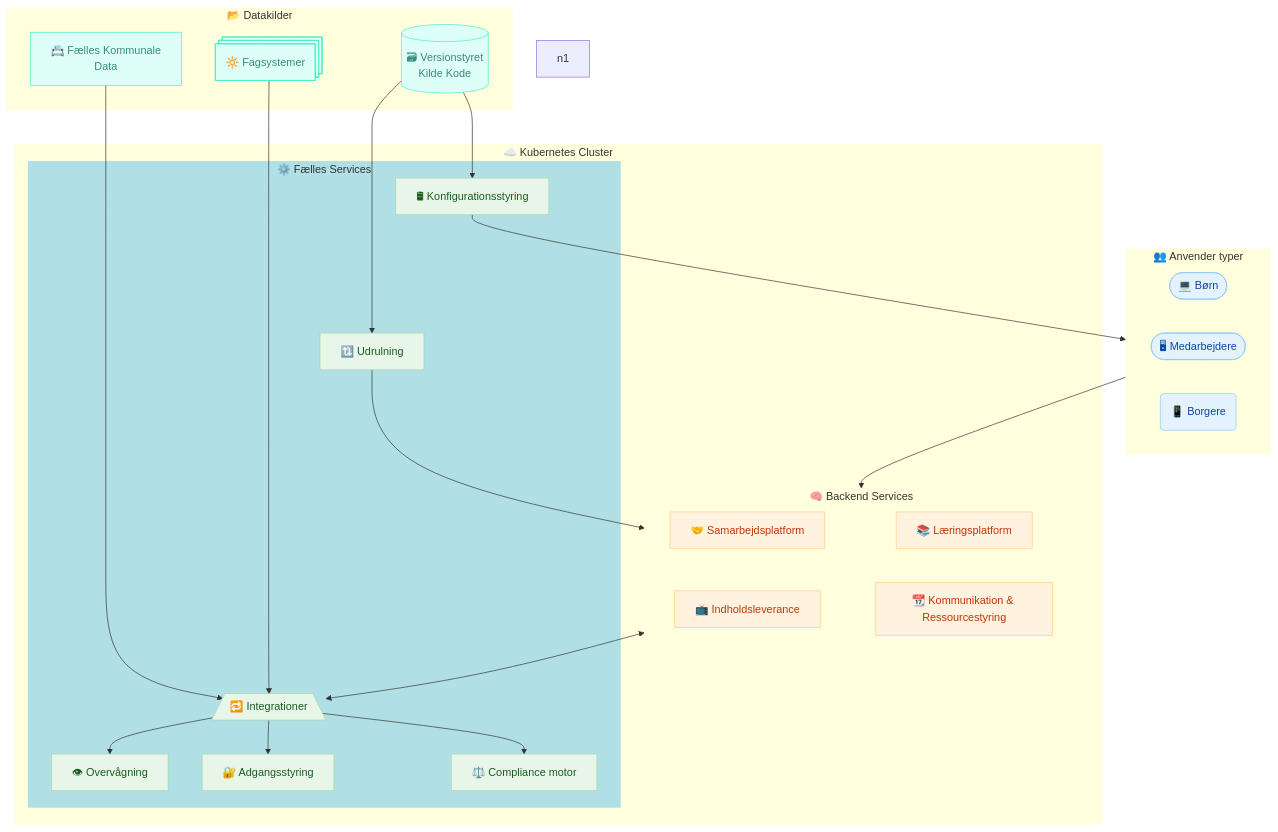
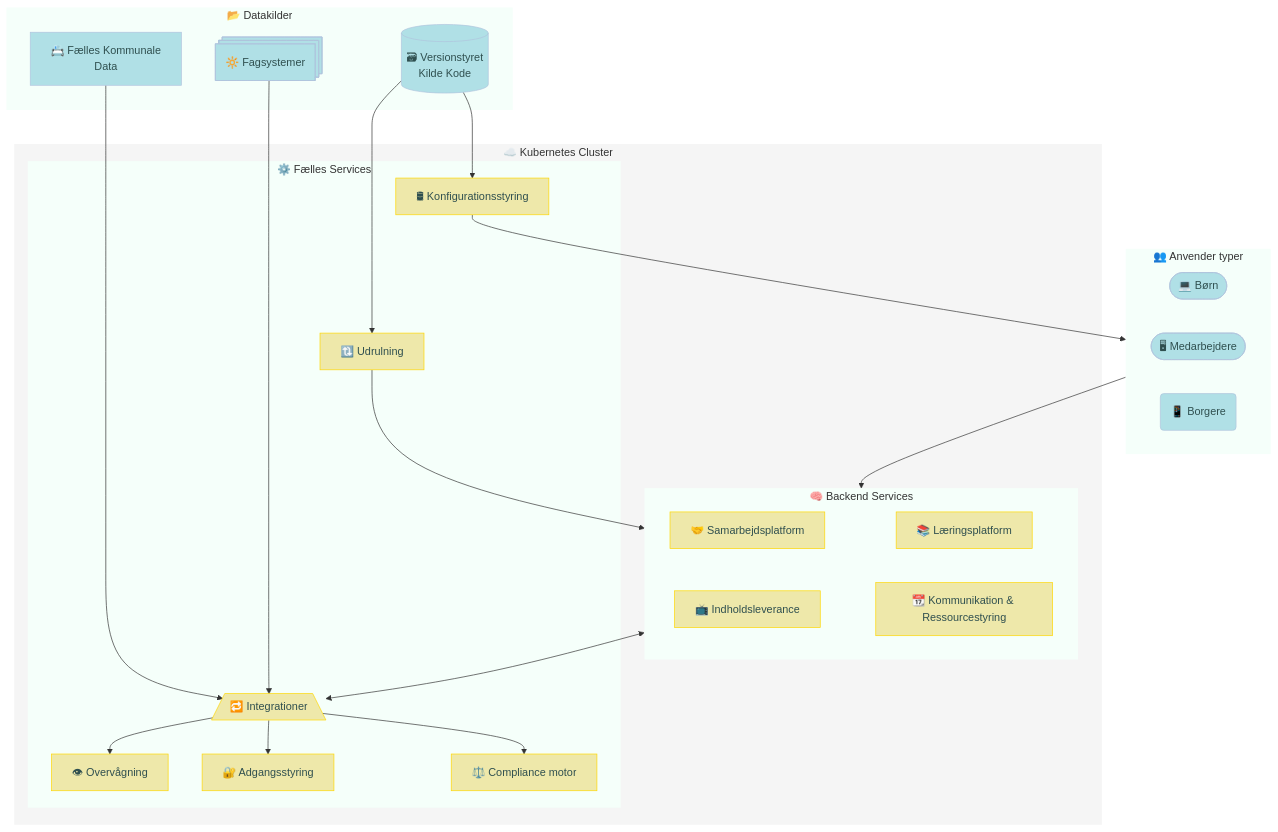
One commit to janhalen/enterprise-architecture-patterns changed the diagram in proposals/2025-09-12-digital-suverænintet.md. Above: the diagram before and after it, drawn with Mermaid.

Commit message:
fix: matching palette

````diff
--- a/proposals/2025-09-12-digital-suverænintet.md
+++ b/proposals/2025-09-12-digital-suverænintet.md
@@ -73,73 +73,75 @@
 ```mermaid
 flowchart TB
  subgraph Clients["👥 Anvender typer"]
         school(["💻 Børn"])
         office(["🖥 Medarbejdere"])
         rpi(["📱 Borgere"])
   end
  subgraph Backend["🧠 Backend Services"]
     direction RL
         nextcloud["🤝 Samarbejdsplatform"]
         canvas["📚 Læringsplatform"]
         signage["📺 Indholdsleverance"]
         groupware["📆 Kommunikation & Ressourcestyring"]
   end
  subgraph Common["⚙️ Fælles Services"]
         integration["🔁 Integrationer"]
         deployment["🔃 Udrulning"]
         observability["👁 Overvågning"]
         auth["🔐 Adgangsstyring"]
         fleet["🛢 Konfigurationsstyring"]
         compliance[" ⚖️ Compliance motor "]
   end
  subgraph Cluster["☁️ Kubernetes Cluster"]
         Backend
         Common
   end
  subgraph DataSources["📂 Datakilder"]
         git["🗃 Versionstyret <br>Kilde Kode"]
         municipal["📇 Fælles Kommunale<br>Data"]
         systems["🔆 Fagsystemer"]
   end
     canvas ~~~ nextcloud
     groupware ~~~ signage
     git --> fleet & deployment
     municipal --> integration
     systems --> integration
     integration --> auth & observability & compliance
     deployment --> Backend
     fleet --> Clients
     Backend <--> integration
     Clients --> Backend
 
     rpi@{ shape: rounded}
     integration@{ shape: trap-b}
-    n1@{ shape: rect}
     git@{ shape: cyl}
     systems@{ shape: procs}
      school:::Client
      office:::Client
      rpi:::Client
      nextcloud:::Service
      canvas:::Service
      signage:::Service
      groupware:::Service
-     integration:::Infra
-     deployment:::Infra
-     observability:::Infra
-     auth:::Infra
-     fleet:::Infra
-     compliance:::Infra
+     integration:::Service
+     deployment:::Service
+     observability:::Service
+     auth:::Service
+     fleet:::Service
+     compliance:::Service
      git:::Data
      municipal:::Data
      systems:::Data
-    classDef Client fill:#E3F2FD,stroke:#90CAF9,color:#0D47A1
-    classDef Service fill:#FFF3E0,stroke:#FFCC80,color:#BF360C
-    classDef Infra fill:#E8F5E9,stroke:#A5D6A7,color:#1B5E20
-    classDef Data fill:#DEFFF8,stroke:#46EDC8,color:#378E7A 
-    style Backend stroke:none
-    style Common stroke:none,fill:powderblue
-    style Clients stroke:none
-    style Cluster stroke:none
-    style DataSources stroke:none
+
+
+classDef Client fill:PowderBlue,stroke:LightSteelBlue,color:DarkSlateGray
+classDef Service fill:PaleGoldenRod,stroke:gold,color:DarkSlateGray
+classDef Data fill:PowderBlue,stroke:LightSteelBlue,color:DarkSlateGray
+
+style Backend stroke:none,fill:MintCream
+style Common stroke:none,fill:Mintcream
+style Clients stroke:none,fill:MintCream
+style Cluster stroke:none,fill:WhiteSmoke
+style DataSources stroke:none,fill:MintCream 
+
 ```
````
